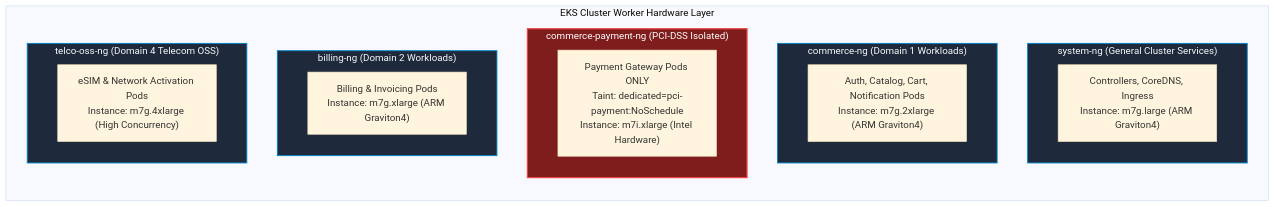
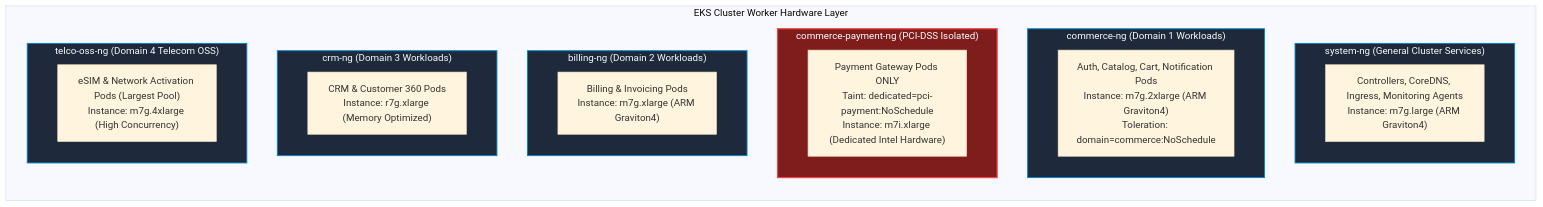
The ninth of 14 diagrams in DevOps_CI_CD_Master_Engineering_Blueprint.md (pvsafwa/devops-course-playbook), drawn with Mermaid (base theme) before and after one commit. The commit also changed other lines of this file, not shown here.

````diff
--- a/DevOps_CI_CD_Master_Engineering_Blueprint.md
+++ b/DevOps_CI_CD_Master_Engineering_Blueprint.md
@@ -231,24 +544,27 @@
 ```mermaid
 flowchart TD
     subgraph EKSCluster["EKS Cluster Worker Hardware Layer"]
         direction TB
         subgraph NG_System["system-ng (General Cluster Services)"]
-            N_Sys["Controllers, CoreDNS, Ingress<br/>Instance: m7g.large (ARM Graviton4)"]
+            N_Sys["Controllers, CoreDNS, Ingress, Monitoring Agents<br/>Instance: m7g.large (ARM Graviton4)"]
         end
         subgraph NG_Commerce["commerce-ng (Domain 1 Workloads)"]
-            N_Com["Auth, Catalog, Cart, Notification Pods<br/>Instance: m7g.2xlarge (ARM Graviton4)"]
+            N_Com["Auth, Catalog, Cart, Notification Pods<br/>Instance: m7g.2xlarge (ARM Graviton4)<br/>Toleration: domain=commerce:NoSchedule"]
         end
         subgraph NG_Payment["commerce-payment-ng (PCI-DSS Isolated)"]
-            N_Pay["Payment Gateway Pods ONLY<br/>Taint: dedicated=pci-payment:NoSchedule<br/>Instance: m7i.xlarge (Intel Hardware)"]
+            N_Pay["Payment Gateway Pods ONLY<br/>Taint: dedicated=pci-payment:NoSchedule<br/>Instance: m7i.xlarge (Dedicated Intel Hardware)"]
         end
         subgraph NG_Billing["billing-ng (Domain 2 Workloads)"]
             N_Bill["Billing & Invoicing Pods<br/>Instance: m7g.xlarge (ARM Graviton4)"]
         end
+        subgraph NG_CRM["crm-ng (Domain 3 Workloads)"]
+            N_CRM["CRM & Customer 360 Pods<br/>Instance: r7g.xlarge (Memory Optimized)"]
+        end
         subgraph NG_OSS["telco-oss-ng (Domain 4 Telecom OSS)"]
-            N_OSS["eSIM & Network Activation Pods<br/>Instance: m7g.4xlarge (High Concurrency)"]
+            N_OSS["eSIM & Network Activation Pods (Largest Pool)<br/>Instance: m7g.4xlarge (High Concurrency)"]
         end
     end
     classDef ng fill:#1e293b,stroke:#0284c7,stroke-width:1.5px,color:#f8fafc;
     classDef pci fill:#7f1d1d,stroke:#ef4444,stroke-width:2px,color:#ffffff;
-    class NG_System,NG_Commerce,NG_Billing,NG_OSS ng; class NG_Payment pci;
+    class NG_System,NG_Commerce,NG_Billing,NG_CRM,NG_OSS ng; class NG_Payment pci;
 ```
````
